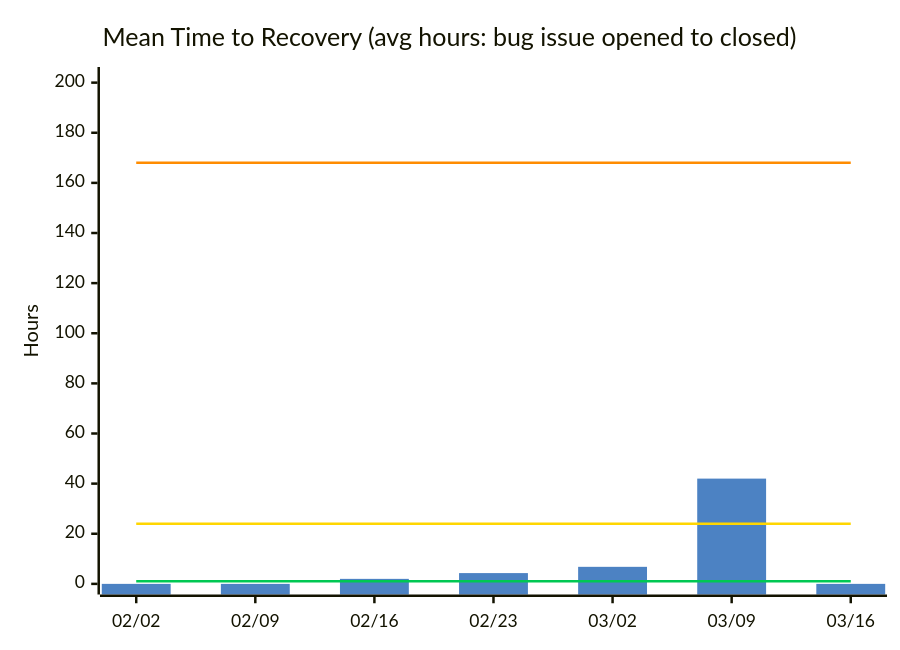
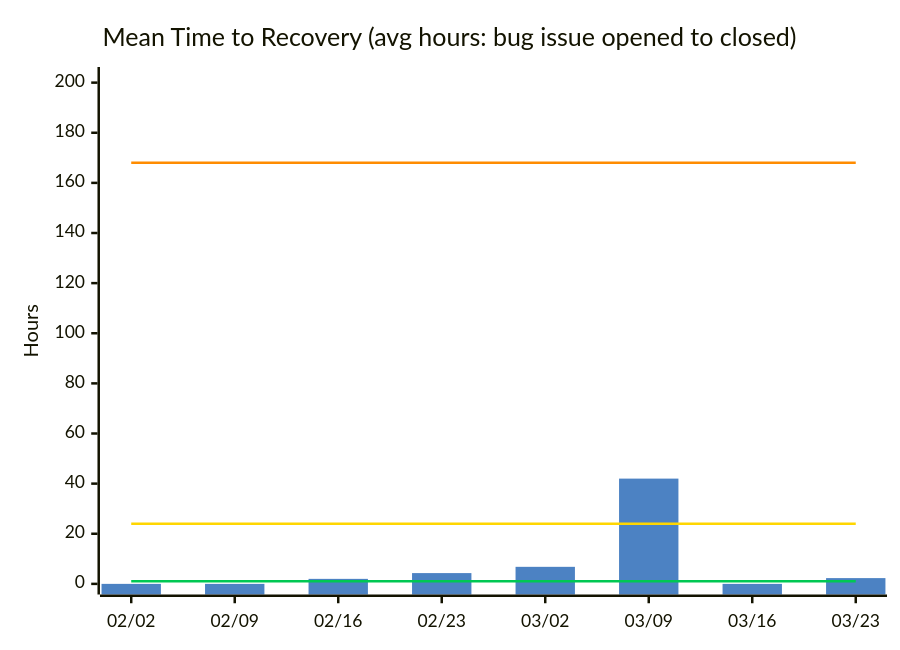
The fourth of 14 diagrams in docs/metrics.md (nablarch/nabledge-dev), drawn with Mermaid before and after one commit. The commit also changed other lines of this file and 2 other files, not shown here.

````diff
--- a/docs/metrics.md
+++ b/docs/metrics.md
@@ -73,11 +73,11 @@
 ```mermaid
 %%{init: {'theme': 'base', 'themeVariables': {'xyChart': {'plotColorPalette': '#4C82C3,#00C853,#FFD600,#FF8C00'}}}}%%
 xychart-beta
   title "Mean Time to Recovery (avg hours: bug issue opened to closed)"
-  x-axis ["02/02", "02/09", "02/16", "02/23", "03/02", "03/09", "03/16"]
+  x-axis ["02/02", "02/09", "02/16", "02/23", "03/02", "03/09", "03/16", "03/23"]
   y-axis "Hours" 0 --> 202
-  bar [0, 0, 2, 4.3, 6.8, 42, 0]
-  line [1, 1, 1, 1, 1, 1, 1]
-  line [24, 24, 24, 24, 24, 24, 24]
-  line [168, 168, 168, 168, 168, 168, 168]
+  bar [0, 0, 2, 4.3, 6.8, 42, 0, 2.3]
+  line [1, 1, 1, 1, 1, 1, 1, 1]
+  line [24, 24, 24, 24, 24, 24, 24, 24]
+  line [168, 168, 168, 168, 168, 168, 168, 168]
 ```
````
